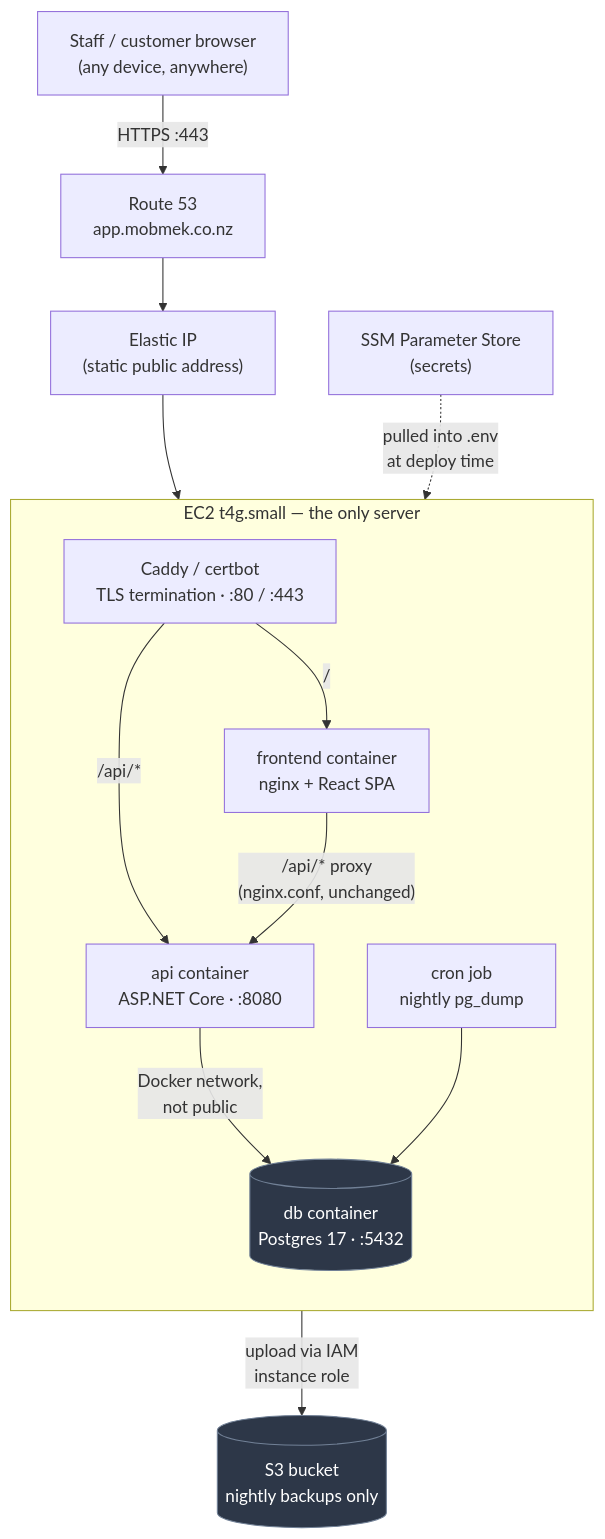
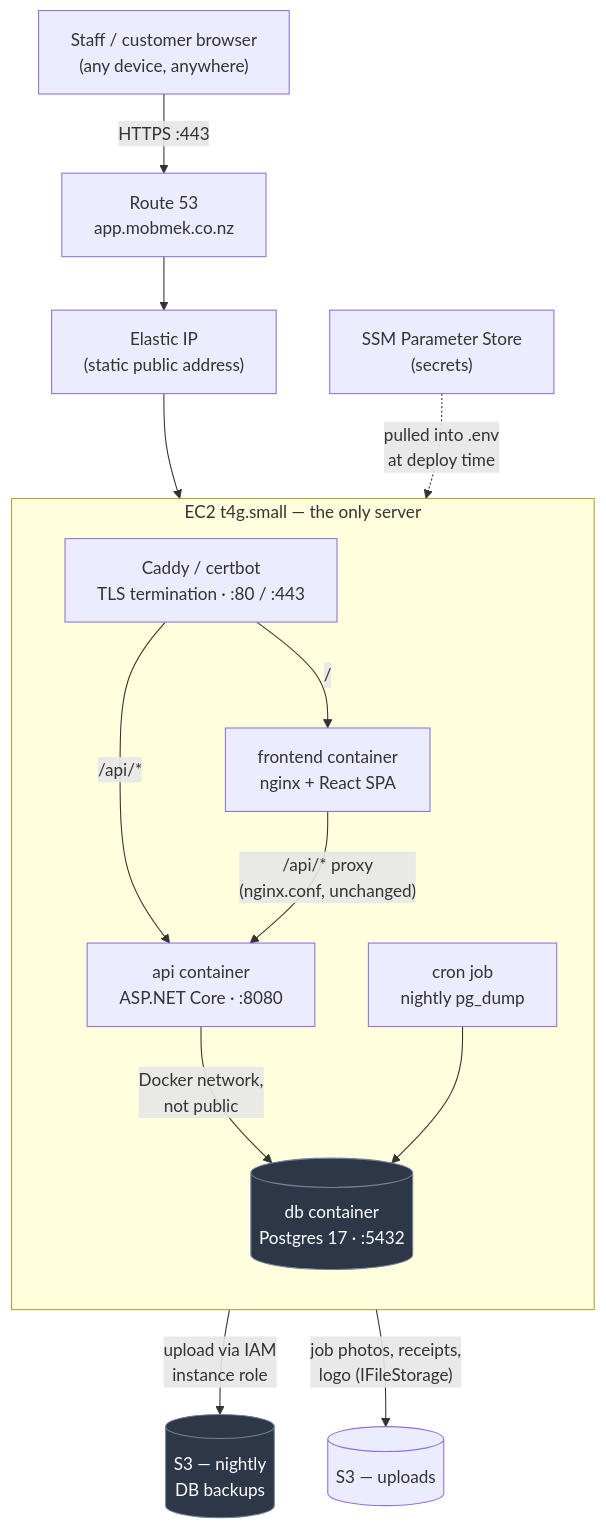
One commit to janthony25/mobmek_2_0 changed the first of 3 diagrams in infrastructure/README.md. Above: the diagram before and after it, drawn with Mermaid. The commit also changed other lines of this file and 15 other files, not shown here.

````diff
--- a/infrastructure/README.md
+++ b/infrastructure/README.md
@@ -55,27 +55,28 @@
 ```mermaid
 flowchart TB
     User["Staff / customer browser<br/>(any device, anywhere)"] -->|"HTTPS :443"| DNS["Route 53<br/>app.mobmek.co.nz"]
     DNS --> EIP["Elastic IP<br/>(static public address)"]
     EIP --> EC2
 
     subgraph EC2["EC2 t4g.small — the only server"]
         direction TB
         Caddy["Caddy / certbot<br/>TLS termination · :80 / :443"]
         FE["frontend container<br/>nginx + React SPA"]
         API["api container<br/>ASP.NET Core · :8080"]
         DB[("db container<br/>Postgres 17 · :5432")]
         Cron["cron job<br/>nightly pg_dump"]
 
         Caddy -->|"/"| FE
         Caddy -->|"/api/*"| API
         FE -->|"/api/* proxy<br/>(nginx.conf, unchanged)"| API
         API -->|"Docker network,<br/>not public"| DB
         Cron --> DB
     end
 
-    Cron -->|"upload via IAM<br/>instance role"| S3[("S3 bucket<br/>nightly backups only")]
+    Cron -->|"upload via IAM<br/>instance role"| S3[("S3 — nightly<br/>DB backups")]
+    API -->|"job photos, receipts,<br/>logo (IFileStorage)"| S3U[("S3 — uploads")]
     SSM["SSM Parameter Store<br/>(secrets)"] -.->|"pulled into .env<br/>at deploy time"| EC2
 
     style DB fill:#2d3748,stroke:#718096,color:#fff
     style S3 fill:#2d3748,stroke:#718096,color:#fff
 ```
````
